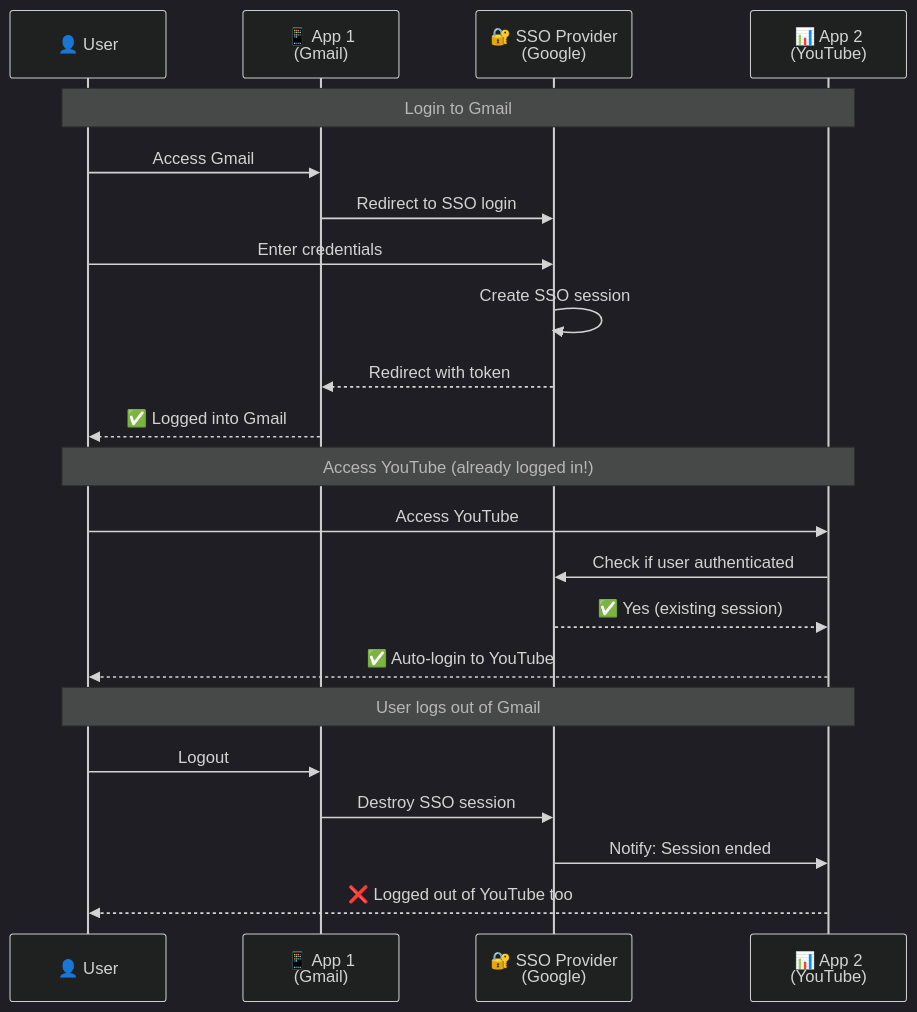
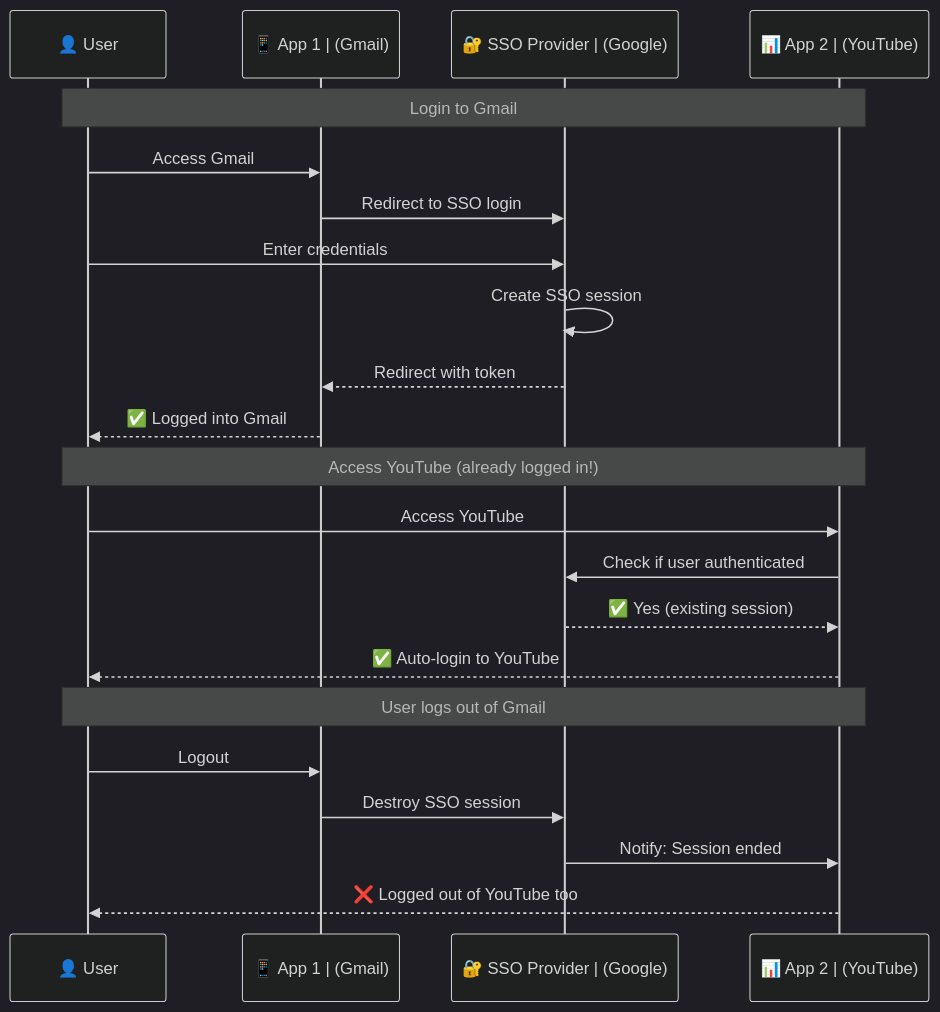
Before and after one commit to p1kmr/for-reading: the eighth of 11 diagrams in HLD/foundation/11_authentication.md, drawn with Mermaid (dark theme). The commit also changed other lines of this file and 14 other files, not shown here.

Commit message:
Fix Mermaid diagram syntax: Replace <br/> with <br> for GitHub compatibility

````diff
--- a/HLD/foundation/11_authentication.md
+++ b/HLD/foundation/11_authentication.md
@@ -540,30 +540,30 @@
 ```mermaid
 sequenceDiagram
     participant User as 👤 User
-    participant App1 as 📱 App 1<br/>(Gmail)
-    participant SSO as 🔐 SSO Provider<br/>(Google)
-    participant App2 as 📊 App 2<br/>(YouTube)
+    participant App1 as 📱 App 1 | (Gmail)
+    participant SSO as 🔐 SSO Provider | (Google)
+    participant App2 as 📊 App 2 | (YouTube)
 
     Note over User,App2: Login to Gmail
 
     User->>App1: Access Gmail
     App1->>SSO: Redirect to SSO login
     User->>SSO: Enter credentials
     SSO->>SSO: Create SSO session
     SSO-->>App1: Redirect with token
     App1-->>User: ✅ Logged into Gmail
 
     Note over User,App2: Access YouTube (already logged in!)
 
     User->>App2: Access YouTube
     App2->>SSO: Check if user authenticated
     SSO-->>App2: ✅ Yes (existing session)
     App2-->>User: ✅ Auto-login to YouTube
 
     Note over User,App2: User logs out of Gmail
 
     User->>App1: Logout
     App1->>SSO: Destroy SSO session
     SSO->>App2: Notify: Session ended
     App2-->>User: ❌ Logged out of YouTube too
 ```
````
